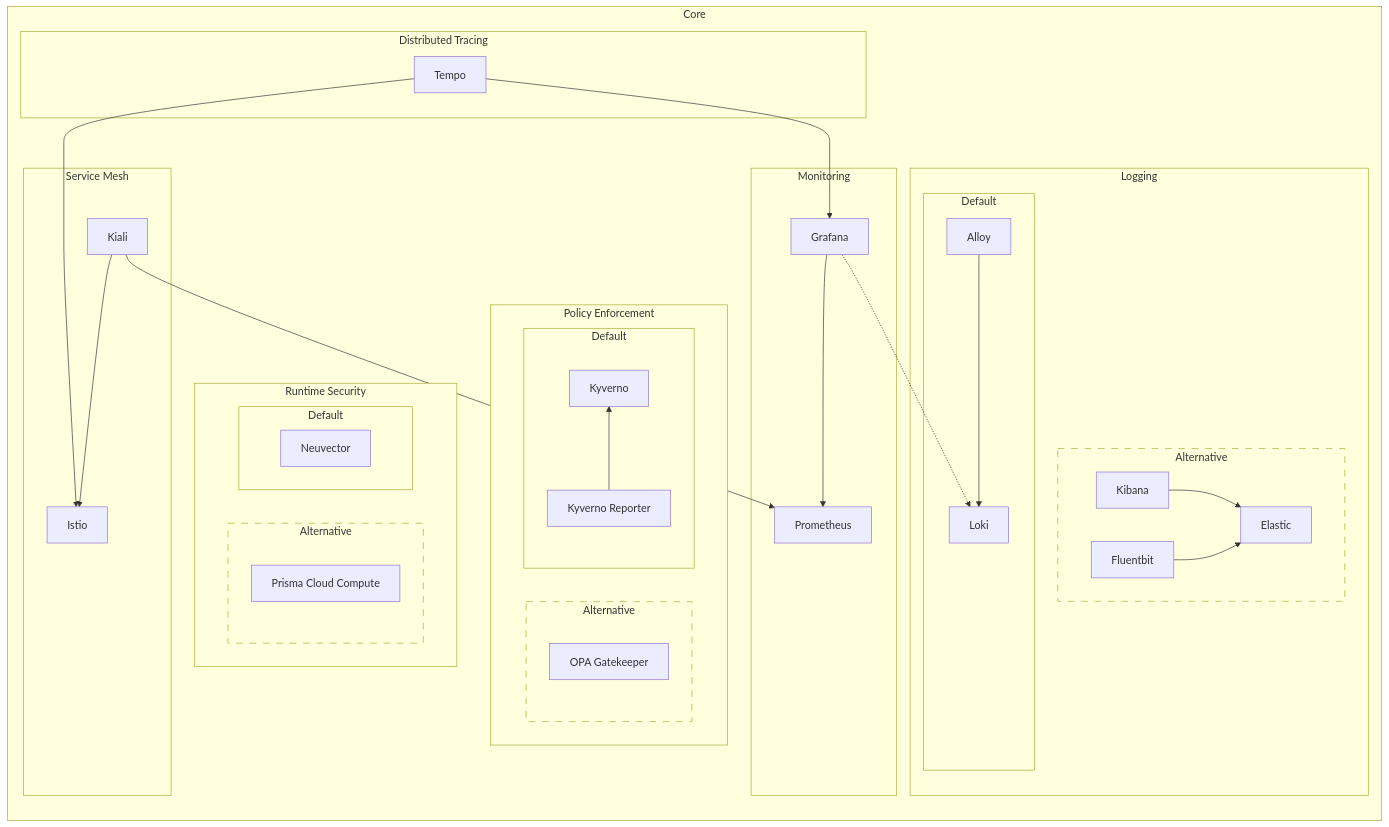
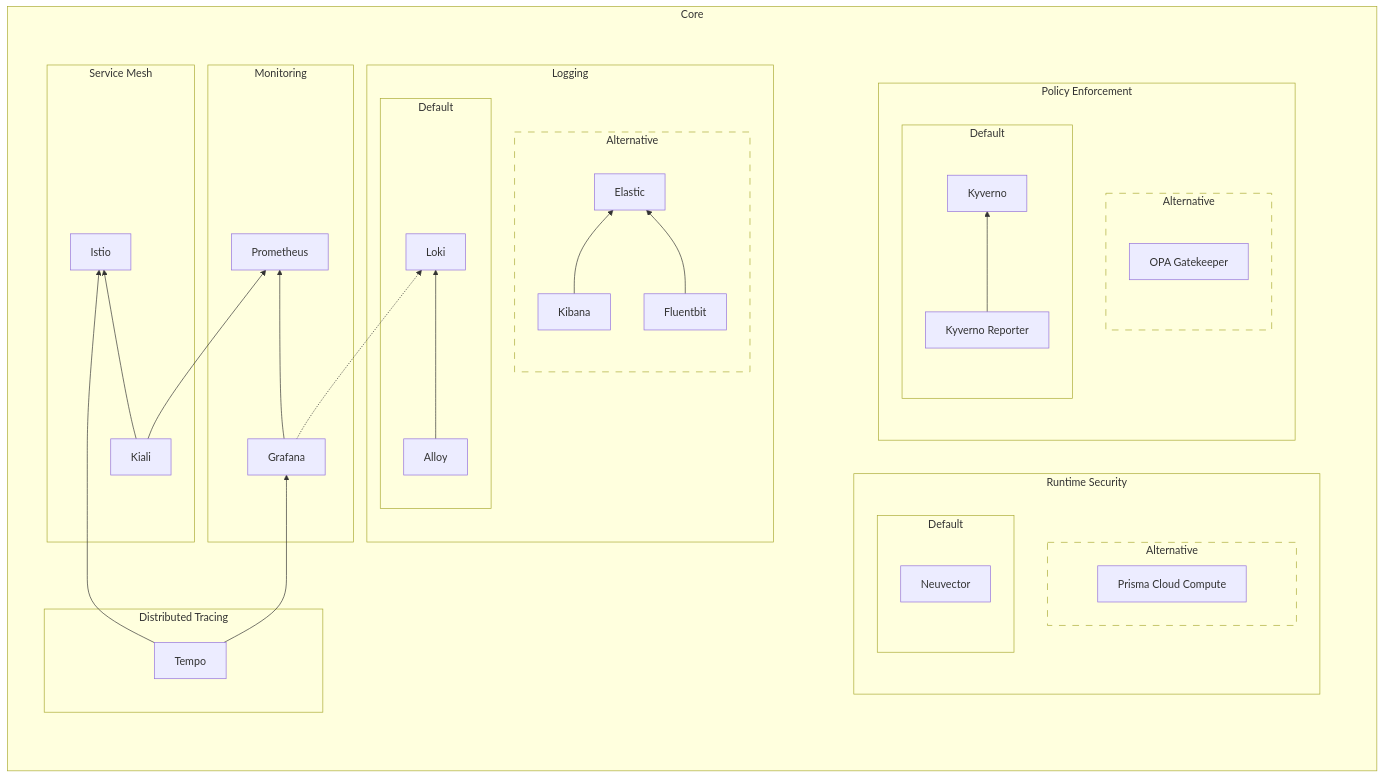
One commit to shebashio/bigbang changed the first of 2 diagrams in docs/understanding-bigbang/package-architecture/README.md. Above: the diagram before and after it, drawn with Mermaid. The commit also changed other lines of this file, not shown here.

Commit message:
fix conflict formatting

````diff
--- a/docs/understanding-bigbang/package-architecture/README.md
+++ b/docs/understanding-bigbang/package-architecture/README.md
@@ -15,51 +15,65 @@
 ```mermaid
 flowchart BT
   subgraph Core
 
-    subgraph L[Logging]
-      subgraph ALG[Default]
-        Alloy[Alloy] --> Loki[Loki]
+    subgraph Group2
+      style Group2 fill:transparent,stroke:transparent,color:transparent
+      direction RL
+
+      subgraph RS[Runtime Security]
+        subgraph CC[Alternative]
+          style CC stroke-dasharray: 10 10
+          Twistlock[Prisma Cloud Compute]
+        end
+        subgraph NV[Default]
+          Neuvector[Neuvector]
+        end
       end
-      subgraph EFK[Alternative]
-        style EFK stroke-dasharray: 10 10
-        Kibana & Fluentbit --> Elastic
+
+      subgraph PE[Policy Enforcement]
+        direction BT
+        subgraph CA[Alternative]
+          style CA stroke-dasharray: 10 10
+          direction BT
+          OPA[OPA Gatekeeper]
+        end
+        subgraph KyvernoStack[Default]
+          direction BT
+          KyvernoReporter[Kyverno Reporter] --> Kyverno[Kyverno]
+        end
       end
+
     end
 
-    subgraph M[Monitoring]
-      Grafana --> Prometheus
-      Grafana -.-> Loki
-    end
+    subgraph Group1
+      style Group1 fill:transparent,stroke:transparent,color:transparent
+      direction BT
 
-    subgraph PE[Policy Enforcement]
-      subgraph CA[Alternative]
-      style CA stroke-dasharray: 10 10
-      direction BT
-        OPA[OPA Gatekeeper]
+      subgraph L[Logging]
+        subgraph ALG[Default]
+          Alloy[Alloy] --> Loki[Loki]
+        end
+        subgraph EFK[Alternative]
+          style EFK stroke-dasharray: 10 10
+          direction BT
+          Kibana & Fluentbit --> Elastic
+        end
       end
-      subgraph KyvernoStack[Default]
-      direction BT
-        KyvernoReporter[Kyverno Reporter] --> Kyverno[Kyverno]
+
+      subgraph M[Monitoring]
+        Grafana --> Prometheus
+        Grafana -.-> Loki
       end
-    end
 
-    subgraph RS[Runtime Security]
-      subgraph CC[Alternative]
-        style CC stroke-dasharray: 10 10
-        Twistlock[Prisma Cloud Compute]
+      subgraph DT[Distributed Tracing]
+        Tempo[Tempo] --> Grafana
       end
-      subgraph TL[Default]
-        Neuvector[Neuvector]
+
+      subgraph SM[Service Mesh]
+        Tempo --> Istio
+        Kiali --> Istio & Prometheus
       end
-    end
 
-    subgraph DT[Distributed Tracing]
-      Tempo[Tempo] --> Grafana
-    end
-
-    subgraph SM[Service Mesh]
-      Tempo --> Istio
-      Kiali --> Istio & Prometheus
     end
   end
 ```
````
